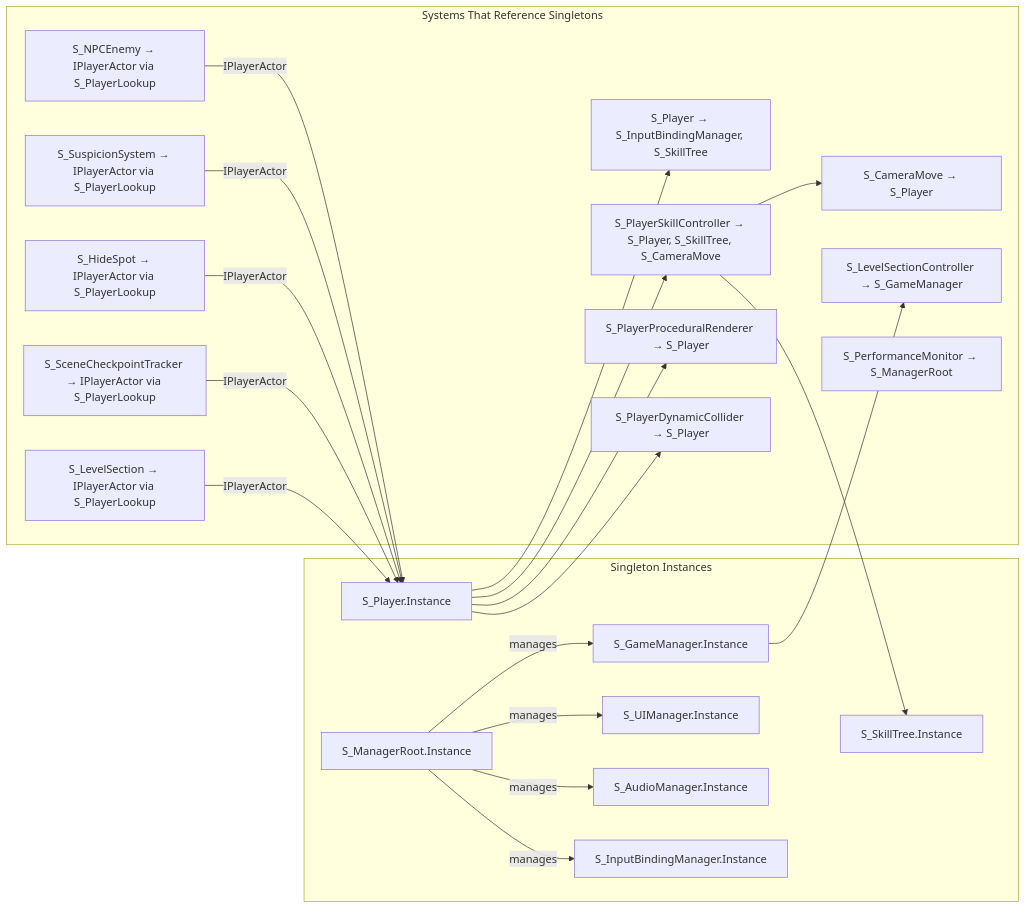
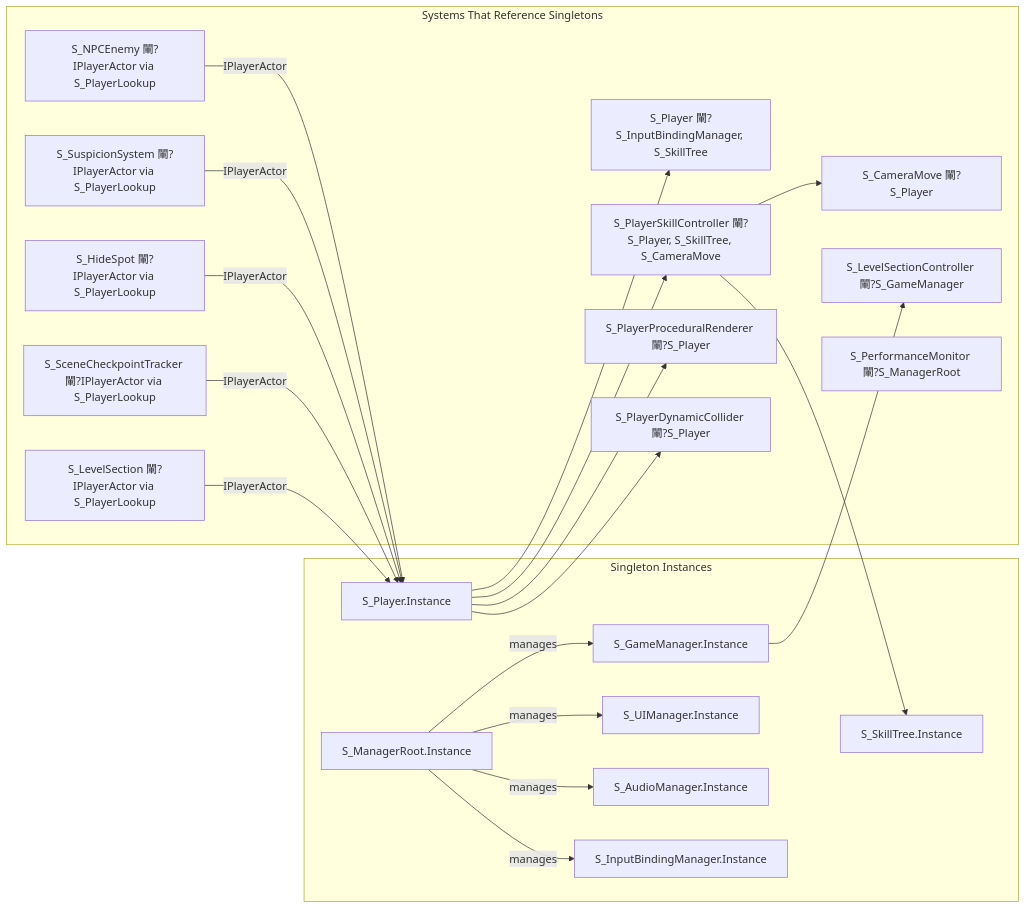
The ninth of 9 diagrams in InkForm/Assets/Perfab/Script/Project_Prompt/Architecture.md (pengzzzccc/Inkform-repo-v3), drawn with Mermaid before and after one commit. The commit also changed other lines of this file and 51 other files, not shown here.

````diff
--- a/InkForm/Assets/Perfab/Script/Project_Prompt/Architecture.md
+++ b/InkForm/Assets/Perfab/Script/Project_Prompt/Architecture.md
@@ -957,44 +967,44 @@
 ```mermaid
 graph LR
     subgraph Singletons["Singleton Instances"]
         MR["S_ManagerRoot.Instance"]
         P["S_Player.Instance"]
         ST["S_SkillTree.Instance"]
         GM["S_GameManager.Instance"]
         UI["S_UIManager.Instance"]
         AM["S_AudioManager.Instance"]
         IBM["S_InputBindingManager.Instance"]
     end
 
     subgraph Dependents["Systems That Reference Singletons"]
-        P2["S_Player → S_InputBindingManager, S_SkillTree"]
-        PSC["S_PlayerSkillController → S_Player, S_SkillTree, S_CameraMove"]
-        SPR["S_PlayerProceduralRenderer → S_Player"]
-        PDC["S_PlayerDynamicCollider → S_Player"]
-        NPCE["S_NPCEnemy → IPlayerActor via S_PlayerLookup"]
-        SUS["S_SuspicionSystem → IPlayerActor via S_PlayerLookup"]
-        HS["S_HideSpot → IPlayerActor via S_PlayerLookup"]
-        SCT["S_SceneCheckpointTracker → IPlayerActor via S_PlayerLookup"]
-        CM["S_CameraMove → S_Player"]
-        LS["S_LevelSection → IPlayerActor via S_PlayerLookup"]
-        LSC["S_LevelSectionController → S_GameManager"]
-        PM["S_PerformanceMonitor → S_ManagerRoot"]
+        P2["S_Player 閳?S_InputBindingManager, S_SkillTree"]
+        PSC["S_PlayerSkillController 閳?S_Player, S_SkillTree, S_CameraMove"]
+        SPR["S_PlayerProceduralRenderer 閳?S_Player"]
+        PDC["S_PlayerDynamicCollider 閳?S_Player"]
+        NPCE["S_NPCEnemy 閳?IPlayerActor via S_PlayerLookup"]
+        SUS["S_SuspicionSystem 閳?IPlayerActor via S_PlayerLookup"]
+        HS["S_HideSpot 閳?IPlayerActor via S_PlayerLookup"]
+        SCT["S_SceneCheckpointTracker 閳?IPlayerActor via S_PlayerLookup"]
+        CM["S_CameraMove 閳?S_Player"]
+        LS["S_LevelSection 閳?IPlayerActor via S_PlayerLookup"]
+        LSC["S_LevelSectionController 閳?S_GameManager"]
+        PM["S_PerformanceMonitor 閳?S_ManagerRoot"]
     end
 
     MR -->|"manages"| GM
     MR -->|"manages"| UI
     MR -->|"manages"| AM
     MR -->|"manages"| IBM
     P --> PSC
     P --> SPR
     P --> PDC
     P --> P2
     PSC --> ST
     PSC --> CM
     NPCE -->|"IPlayerActor"| P
     SUS -->|"IPlayerActor"| P
     HS -->|"IPlayerActor"| P
     SCT -->|"IPlayerActor"| P
     LS -->|"IPlayerActor"| P
     GM --> LSC
 ```
````
